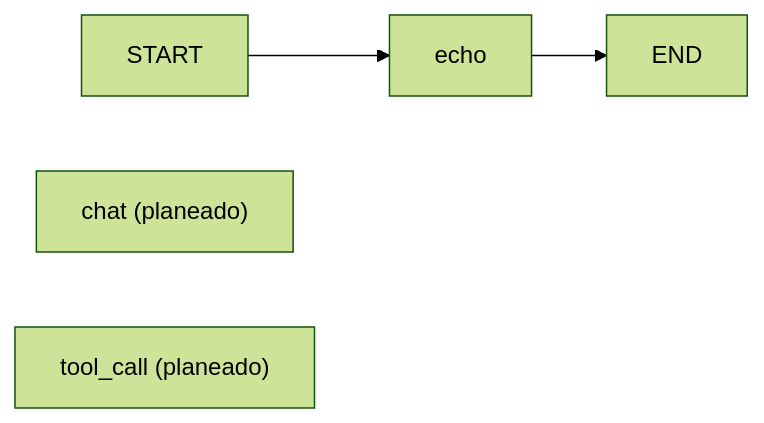
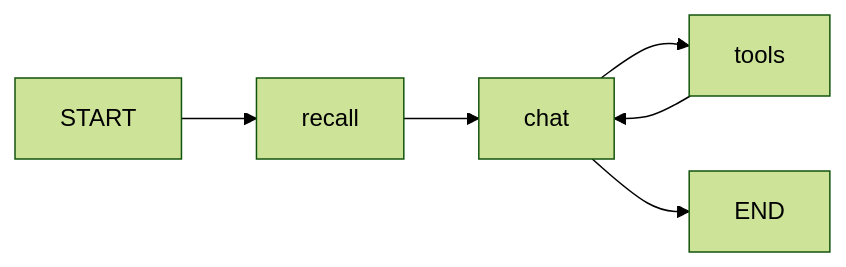
One commit to dinoesau/langgraph-template changed the second of 2 diagrams in docs/architecture.md. Above: the diagram before and after it, drawn with Mermaid (forest theme). The commit also changed other lines of this file and 8 other files, not shown here.

````diff
--- a/docs/architecture.md
+++ b/docs/architecture.md
@@ -83,7 +84,8 @@
 ```mermaid
 graph LR
-    START --> echo
-    echo --> END
-    chat["chat (planeado)"]
-    tool_call["tool_call (planeado)"]
+    START --> recall
+    recall --> chat
+    chat --> tools
+    tools --> chat
+    chat --> END
 ```
````
